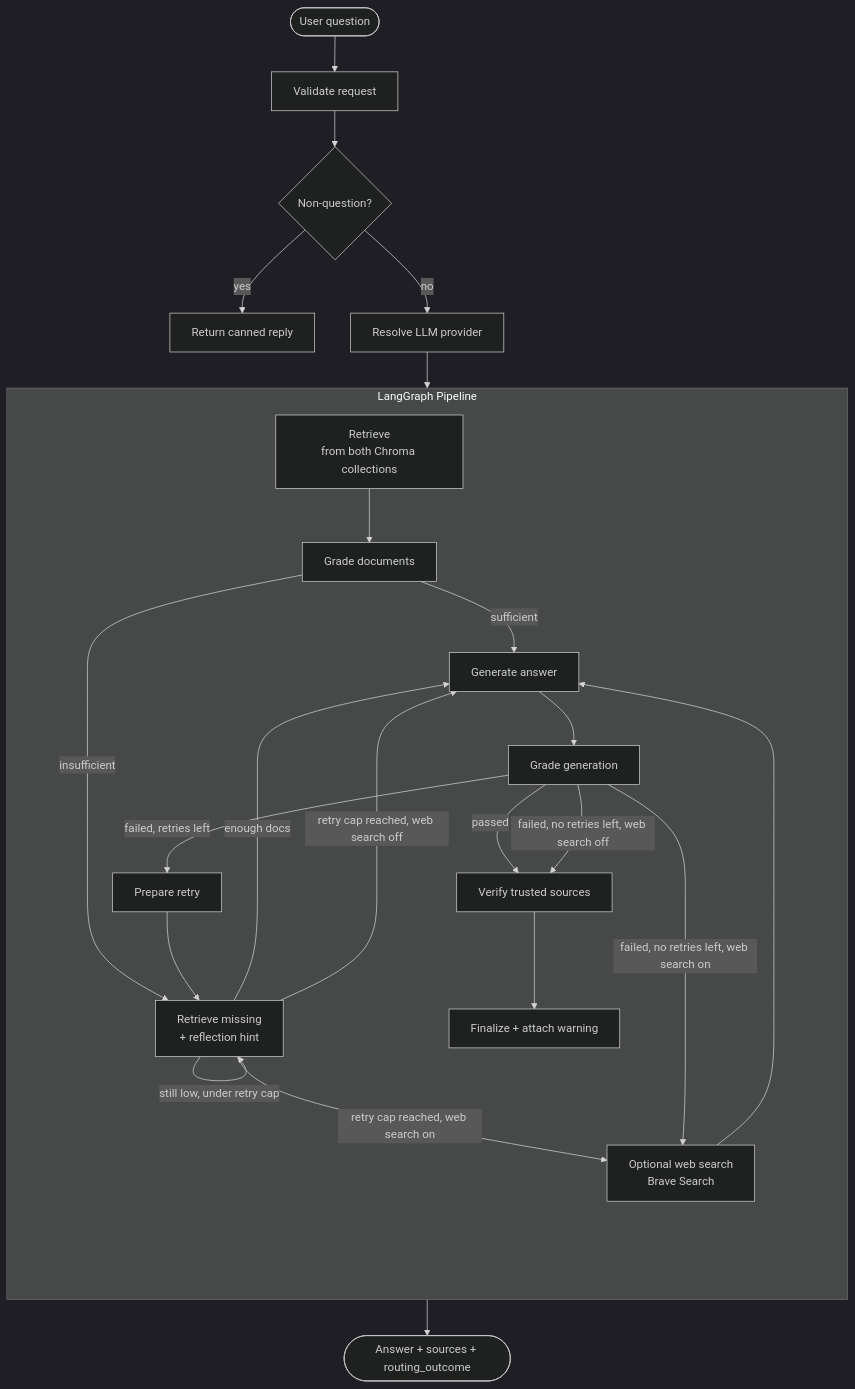
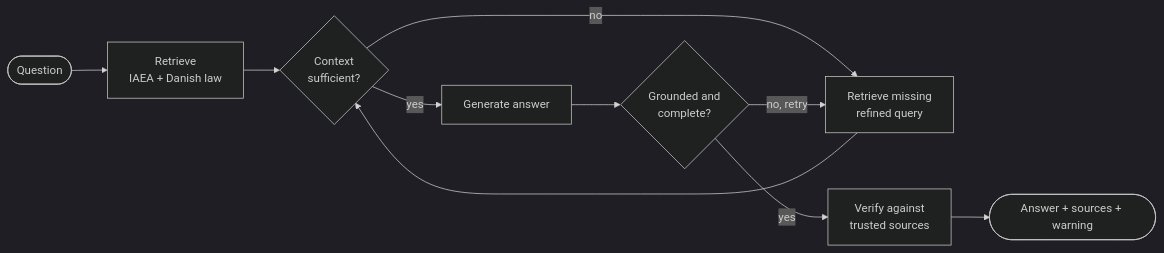
Before and after one commit to eikrad/Radiationsafety: the first of 2 diagrams in README.md, drawn with Mermaid (dark theme). The commit also changed other lines of this file and 5 other files, not shown here.

First line of the commit message:
docs: add quick start, repo layout and simplified diagram to README; refresh docs index

````diff
--- a/README.md
+++ b/README.md
@@ -20,38 +34,12 @@
 ```mermaid
-flowchart TB
-    USER([User question]) --> VALIDATE[Validate request]
-    VALIDATE --> NONQ{Non-question?}
-    NONQ -->|yes| QUICK_REPLY[Return canned reply]
-    NONQ -->|no| MODEL[Resolve LLM provider]
-
-    subgraph GRAPH [LangGraph Pipeline]
-        direction TB
-        RETRIEVE[Retrieve\nfrom both Chroma collections]
-        GRADE[Grade documents]
-        RETRIEVE_MISSING[Retrieve missing\n+ reflection hint]
-        WEB_SEARCH[Optional web search\nBrave Search]
-        GENERATE[Generate answer]
-        GRADE_GEN[Grade generation]
-        PREPARE_RETRY[Prepare retry]
-        VERIFY[Verify trusted sources]
-        FINALIZE[Finalize + attach warning]
-    end
-
-    MODEL --> RETRIEVE
-    RETRIEVE --> GRADE
-    GRADE -->|sufficient| GENERATE
-    GRADE -->|insufficient| RETRIEVE_MISSING
-    RETRIEVE_MISSING -->|enough docs| GENERATE
-    RETRIEVE_MISSING -->|still low, under retry cap| RETRIEVE_MISSING
-    RETRIEVE_MISSING -->|"retry cap reached, web search on"| WEB_SEARCH
-    RETRIEVE_MISSING -->|"retry cap reached, web search off"| GENERATE
-    WEB_SEARCH --> GENERATE
-    GENERATE --> GRADE_GEN
-    GRADE_GEN -->|passed| VERIFY
-    GRADE_GEN -->|failed, retries left| PREPARE_RETRY
-    PREPARE_RETRY --> RETRIEVE_MISSING
-    GRADE_GEN -->|"failed, no retries left, web search on"| WEB_SEARCH
-    GRADE_GEN -->|"failed, no retries left, web search off"| VERIFY
-    VERIFY --> FINALIZE
-    FINALIZE --> RESPONSE([Answer + sources + routing_outcome])
+flowchart LR
+    Q([Question]) --> RETRIEVE[Retrieve<br/>IAEA + Danish law]
+    RETRIEVE --> GRADE{Context<br/>sufficient?}
+    GRADE -->|no| MORE[Retrieve missing<br/>refined query]
+    MORE --> GRADE
+    GRADE -->|yes| GENERATE[Generate answer]
+    GENERATE --> CHECK{Grounded and<br/>complete?}
+    CHECK -->|no, retry| MORE
+    CHECK -->|yes| VERIFY[Verify against<br/>trusted sources]
+    VERIFY --> A([Answer + sources + warning])
 ```
````
